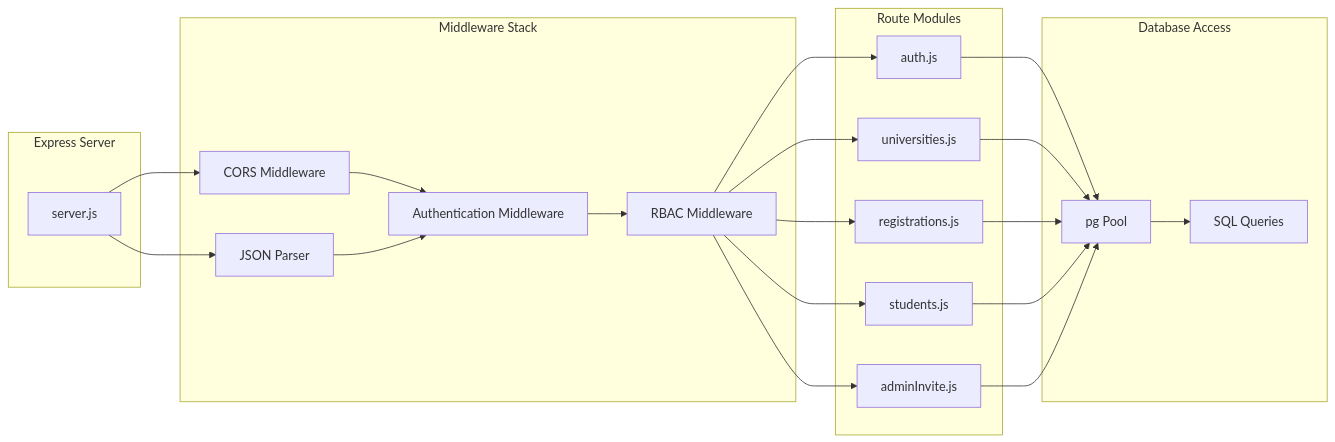
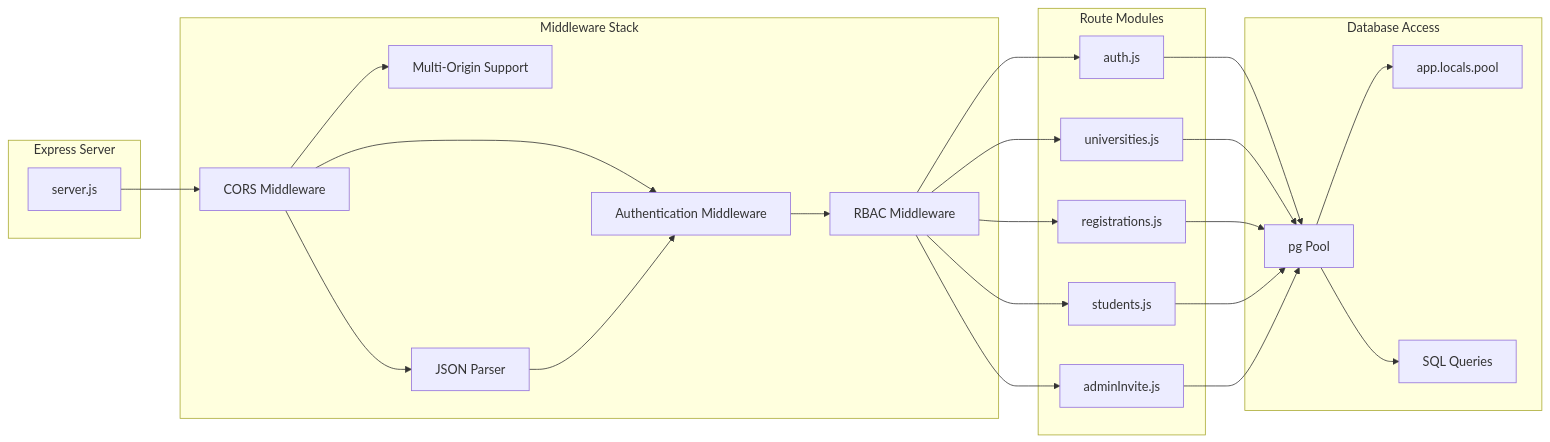
The third of 10 diagrams in docs/ARCHITECTURE_UML.md (GitPab/project), drawn with Mermaid before and after one commit. The commit also changed other lines of this file and 61 other files, not shown here.

````diff
--- a/docs/ARCHITECTURE_UML.md
+++ b/docs/ARCHITECTURE_UML.md
@@ -143,49 +143,53 @@
 ```mermaid
 ---
 id: f8bf45ad-0439-4e56-9583-b0119540b0ba
 ---
 graph LR
     subgraph "Express Server"
         A[server.js]
     end
 
     subgraph "Middleware Stack"
         B[CORS Middleware]
+        B1[Multi-Origin Support]
         C[JSON Parser]
         D[Authentication Middleware]
         E[RBAC Middleware]
     end
 
     subgraph "Route Modules"
         F[auth.js]
         G[universities.js]
         H[registrations.js]
         I[students.js]
         J[adminInvite.js]
     end
 
     subgraph "Database Access"
         K[pg Pool]
+        K1[app.locals.pool]
         L[SQL Queries]
     end
 
     A --> B
-    A --> C
+    B --> B1
+    B --> C
     B --> D
     C --> D
     D --> E
     
     E --> F
     E --> G
     E --> H
     E --> I
     E --> J
     
     F --> K
     G --> K
     H --> K
     I --> K
     J --> K
     
+    K --> K1
     K --> L
 ```
````
